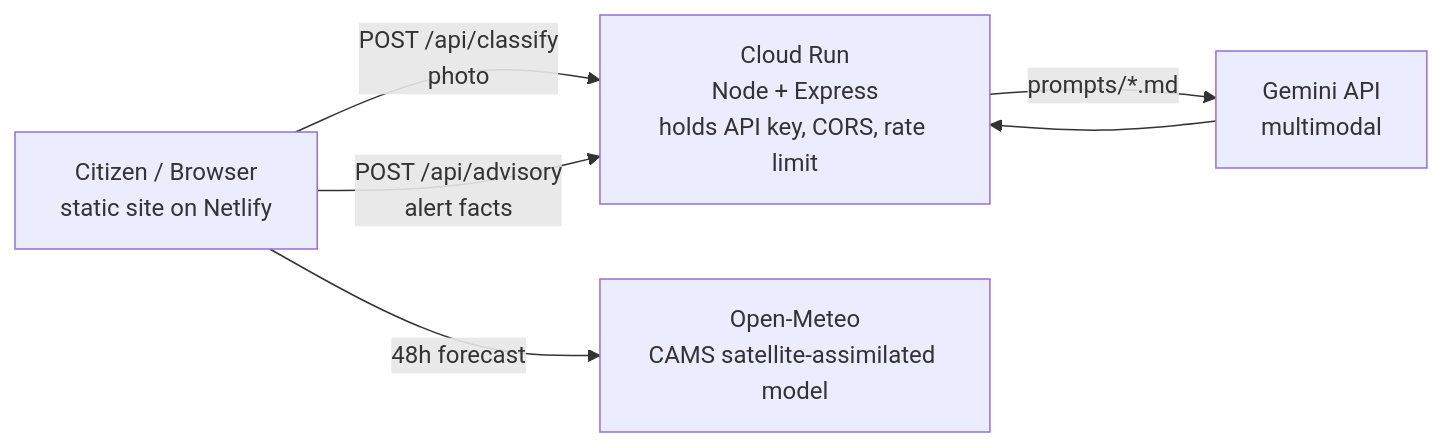
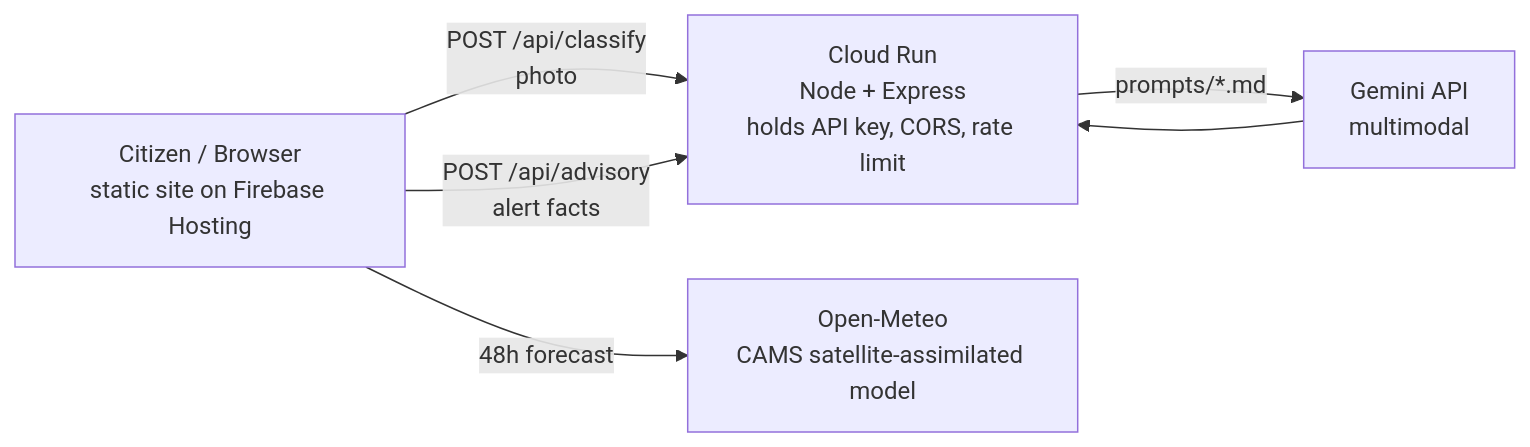
Before and after one commit to Alcatraz234156/AirWard-Federation: the diagram in README.md, drawn with Mermaid. The commit also changed other lines of this file, not shown here.

First line of the commit message:
Change hosting from Netlify to Firebase and update model

````diff
--- a/README.md
+++ b/README.md
@@ -46,8 +46,8 @@
 ```mermaid
 flowchart LR
-  U[Citizen / Browser<br/>static site on Netlify] -->|POST /api/classify<br/>photo| R
+  U[Citizen / Browser<br/>static site on Firebase Hosting] -->|POST /api/classify<br/>photo| R
   U -->|POST /api/advisory<br/>alert facts| R
   U -->|48h forecast| M[Open-Meteo<br/>CAMS satellite-assimilated model]
   R[Cloud Run<br/>Node + Express<br/>holds API key, CORS, rate limit] -->|prompts/*.md| G[Gemini API<br/>multimodal]
   G --> R
 ```
````
